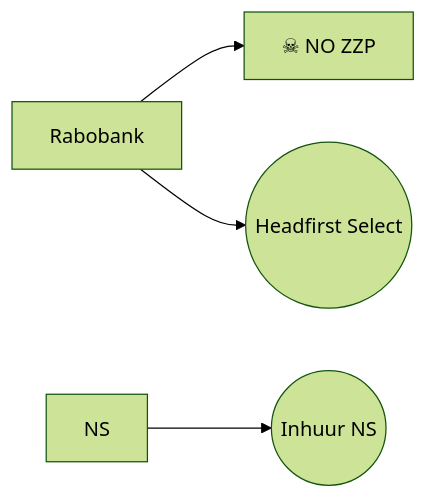
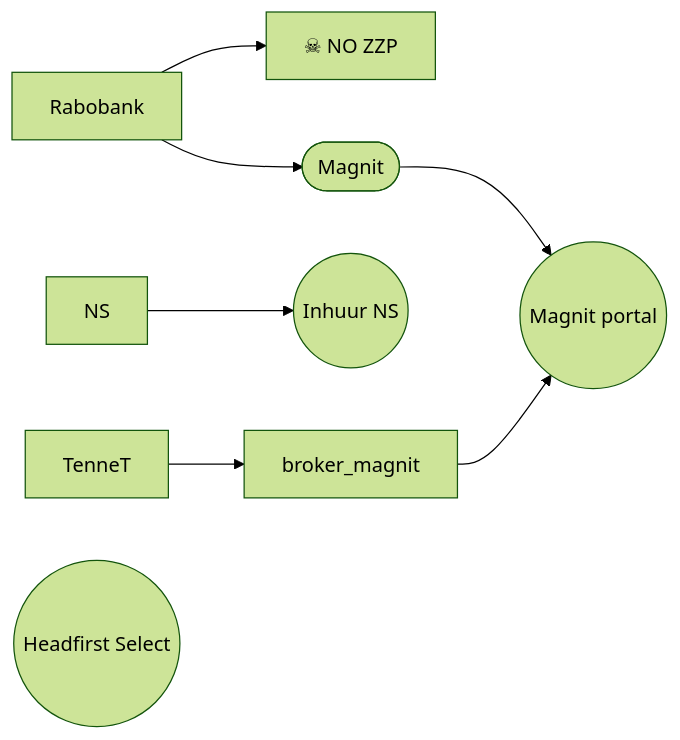
The second of 2 diagrams in README.md (bneijt/zzp_inhuur_diagram), drawn with Mermaid (forest theme) before and after one commit.

````diff
--- a/README.md
+++ b/README.md
@@ -16,15 +16,25 @@
 ```mermaid
 flowchart LR
     state_no_zzp["☠ NO ZZP"]
     klant_rabobank["Rabobank"]
     klant_ns["NS"]
+    klant_tennet["TenneT"]
+
+    boker_magnit([Magnit])
 
     das_headfirst_select((Headfirst Select))
+    click das_headfirst "https://platform.select.hr/" "https://platform.select.hr/"
     das_ns(("Inhuur NS"))
     click das_ns "https://inhuur-ns.my.site.com/" "https://inhuur-ns.my.site.com/"
 
+    das_magnit(("Magnit portal"))
+    click das_ns "https://portal.magnitglobal.com/" "https://portal.magnitglobal.com/"
+
+
     klant_rabobank --> state_no_zzp
-    klant_rabobank --> das_headfirst_select
+    klant_rabobank --> boker_magnit --> das_magnit
 
     klant_ns --> das_ns
+
+    klant_tennet --> broker_magnit --> das_magnit
 ```
````
